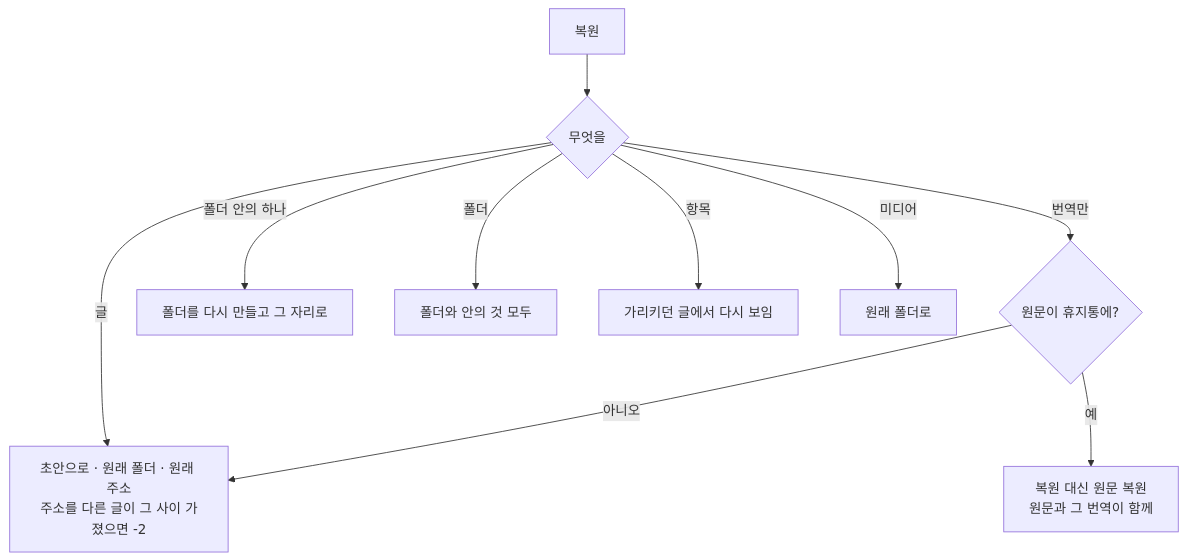
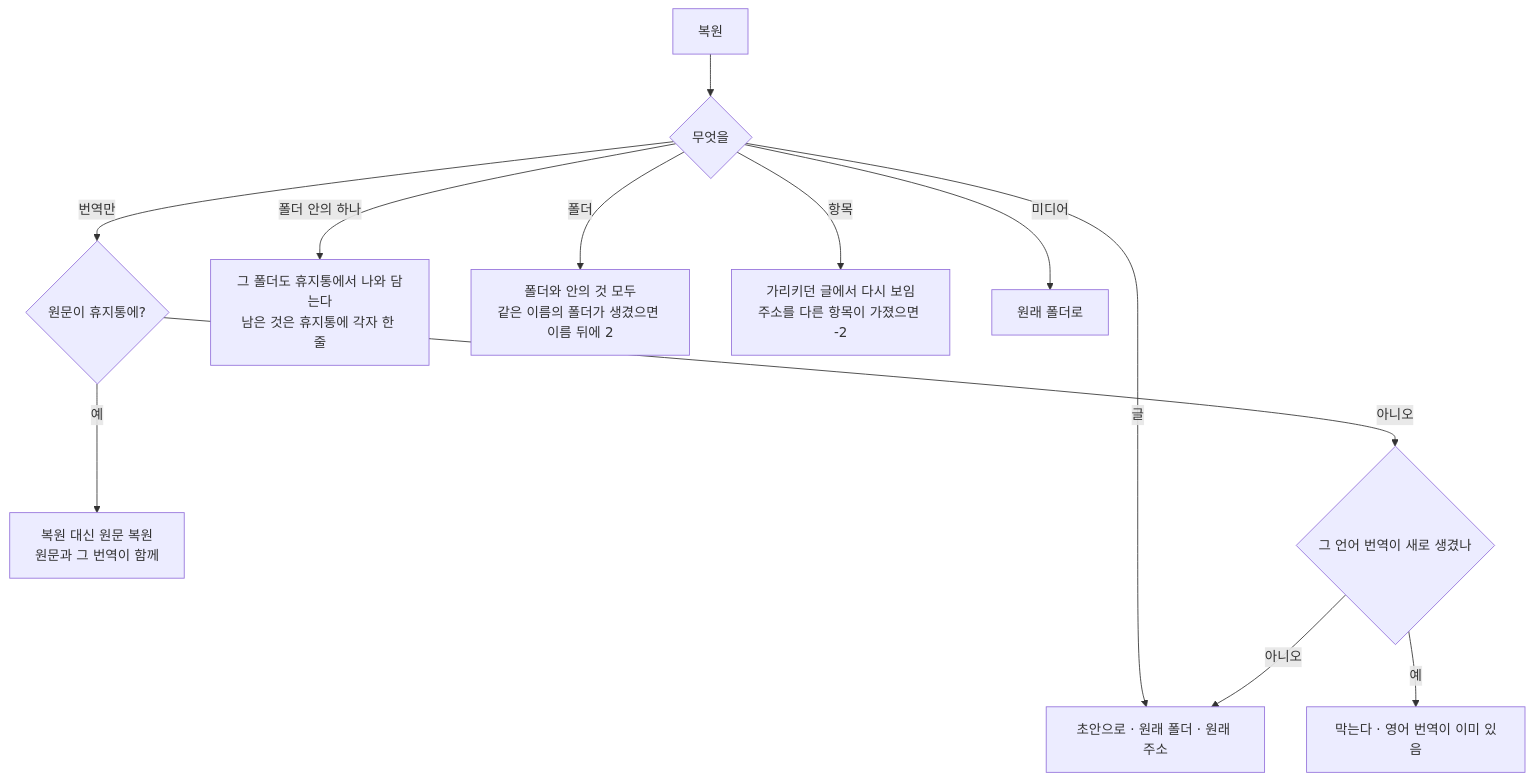
The second of 2 diagrams in docs/design/features/11-trash.md (monti-cms/monti), drawn with Mermaid before and after one commit. The commit also changed other lines of this file and 26 other files, not shown here.

````diff
--- a/docs/design/features/11-trash.md
+++ b/docs/design/features/11-trash.md
@@ -63,12 +74,14 @@
 ```mermaid
 flowchart TD
   R["복원"] --> K{"무엇을"}
-  K -->|글| D["초안으로 · 원래 폴더 · 원래 주소<br/>주소를 다른 글이 그 사이 가졌으면 -2"]
+  K -->|글| D["초안으로 · 원래 폴더 · 원래 주소"]
   K -->|번역만| S{"원문이 휴지통에?"}
   S -->|예| SR["복원 대신 원문 복원<br/>원문과 그 번역이 함께"]
-  S -->|아니오| D
-  K -->|폴더 안의 하나| F["폴더를 다시 만들고 그 자리로"]
-  K -->|폴더| FA["폴더와 안의 것 모두"]
-  K -->|항목| I["가리키던 글에서 다시 보임"]
+  S -->|아니오| T{"그 언어 번역이 새로 생겼나"}
+  T -->|예| X["막는다 · 영어 번역이 이미 있음"]
+  T -->|아니오| D
+  K -->|폴더 안의 하나| F["그 폴더도 휴지통에서 나와 담는다<br/>남은 것은 휴지통에 각자 한 줄"]
+  K -->|폴더| FA["폴더와 안의 것 모두<br/>같은 이름의 폴더가 생겼으면 이름 뒤에 2"]
+  K -->|항목| I["가리키던 글에서 다시 보임<br/>주소를 다른 항목이 가졌으면 -2"]
   K -->|미디어| M["원래 폴더로"]
 ```
````
